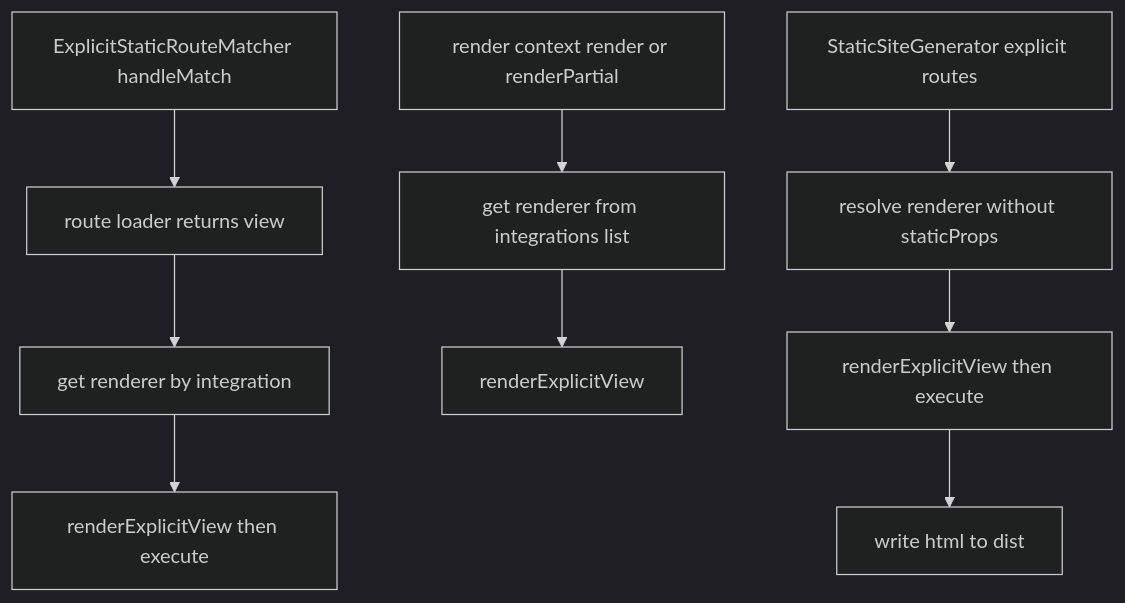
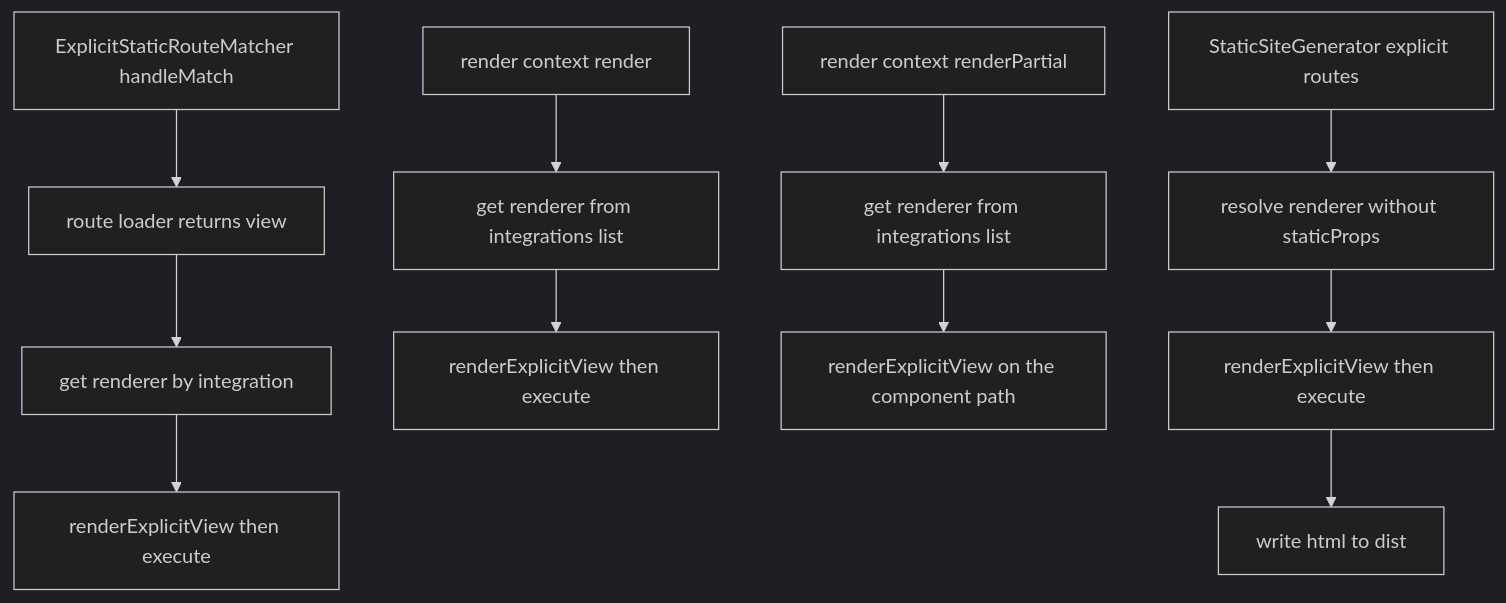
Before and after one commit to ecopages/ecopages: the fifth of 5 diagrams in packages/core/src/route-renderer/GRAPH.md, drawn with Mermaid (dark theme). The commit also changed 37 other files, not shown here.

````diff
--- a/packages/core/src/route-renderer/GRAPH.md
+++ b/packages/core/src/route-renderer/GRAPH.md
@@ -99,13 +99,15 @@
 ```mermaid
 flowchart TD
   A[ExplicitStaticRouteMatcher handleMatch] --> B[route loader returns view]
   B --> C[get renderer by integration]
   C --> D[renderExplicitView then execute]
 
-  E[render context render or renderPartial] --> F[get renderer from integrations list]
-  F --> G[renderExplicitView]
+  E[render context render] --> F[get renderer from integrations list]
+  F --> G[renderExplicitView then execute]
+  P[render context renderPartial] --> F2[get renderer from integrations list]
+  F2 --> G2[renderExplicitView on the component path]
 
   H[StaticSiteGenerator explicit routes] --> I[resolve renderer without staticProps]
   I --> J[renderExplicitView then execute]
   J --> K[write html to dist]
 ```
````
